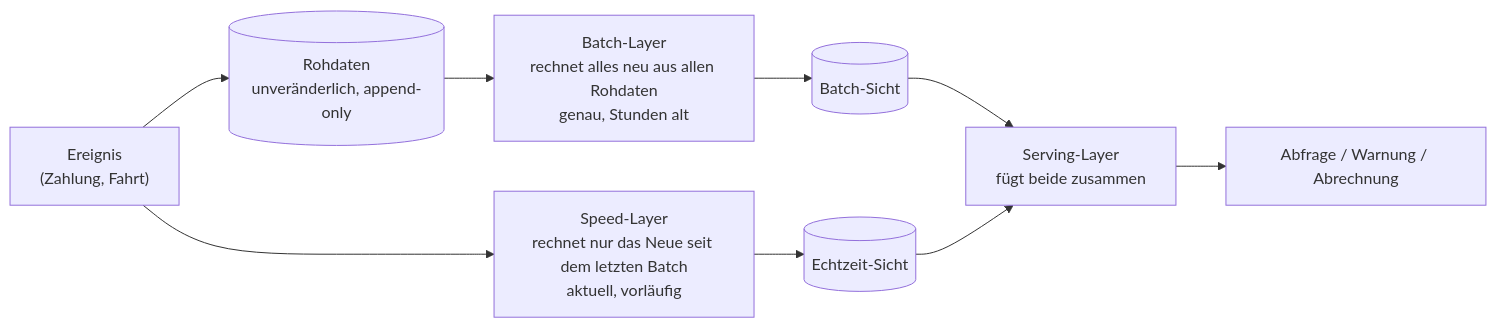
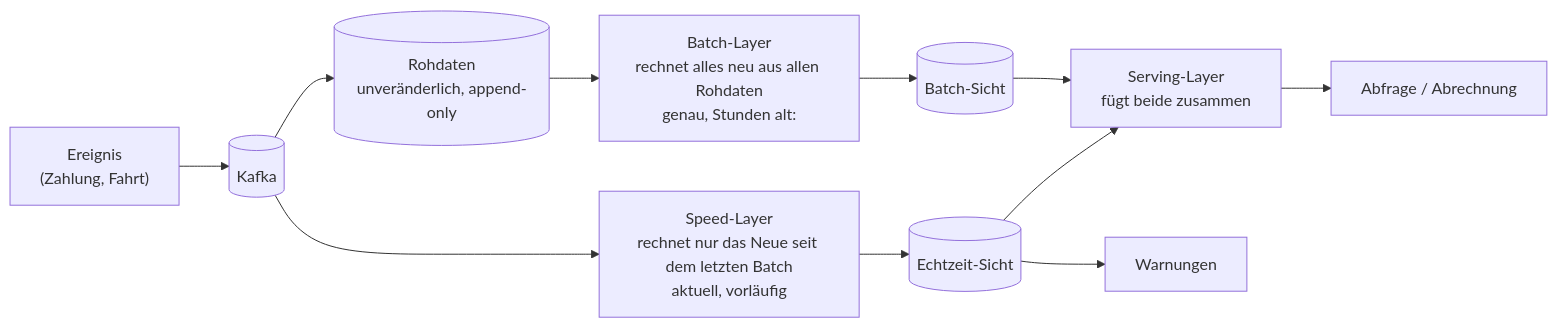
Before and after one commit to M404ttis/Predictive-Analytics-Algorithmen: the first of 2 diagrams in 13_Realtime/13_Loesung_Zusaetze_A13-1_A13-3_A13-4.md, drawn with Mermaid. The commit also changed 1 other file, not shown here.

Commit message:
change picture size

````diff
--- a/13_Realtime/13_Loesung_Zusaetze_A13-1_A13-3_A13-4.md
+++ b/13_Realtime/13_Loesung_Zusaetze_A13-1_A13-3_A13-4.md
@@ -12,11 +12,13 @@
 ```mermaid
 flowchart LR
-    E["Ereignis<br/>(Zahlung, Fahrt)"] --> R[("Rohdaten<br/>unveränderlich, append-only")]
-    R --> BL["Batch-Layer<br/>rechnet alles neu aus allen Rohdaten<br/>genau, Stunden alt"]
-    E --> SL["Speed-Layer<br/>rechnet nur das Neue seit dem letzten Batch<br/>aktuell, vorläufig"]
+    E["Ereignis<br/>(Zahlung, Fahrt)"] --> K[("Kafka")]
+    K --> R[("Rohdaten<br/>unveränderlich, append-only")]
+    K --> SL["Speed-Layer<br/>rechnet nur das Neue seit dem letzten Batch<br/>aktuell, vorläufig"]
+    R --> BL["Batch-Layer<br/>rechnet alles neu aus allen Rohdaten<br/>genau, Stunden alt: "]
     BL --> BV[("Batch-Sicht")]
     SL --> SV[("Echtzeit-Sicht")]
     BV --> SE["Serving-Layer<br/>fügt beide zusammen"]
     SV --> SE
-    SE --> Q["Abfrage / Warnung / Abrechnung"]
+    SV --> Warnungen
+    SE --> Q["Abfrage / Abrechnung"]
 ```
````
